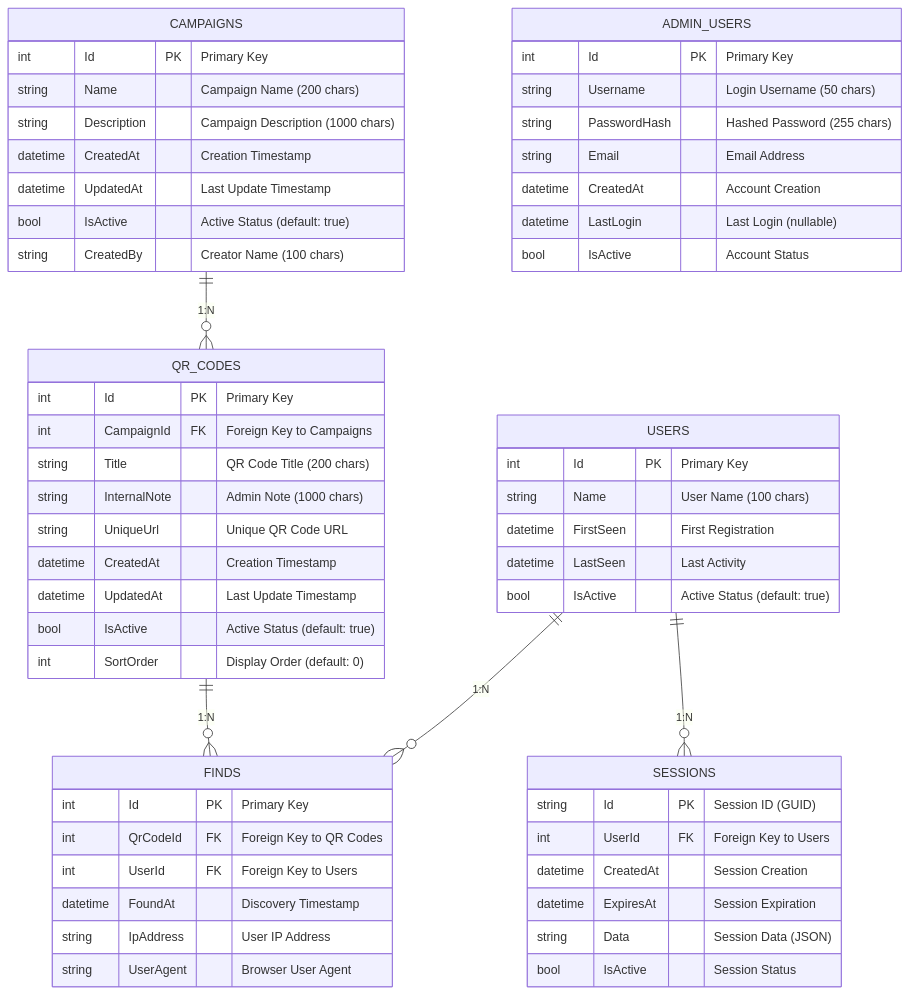
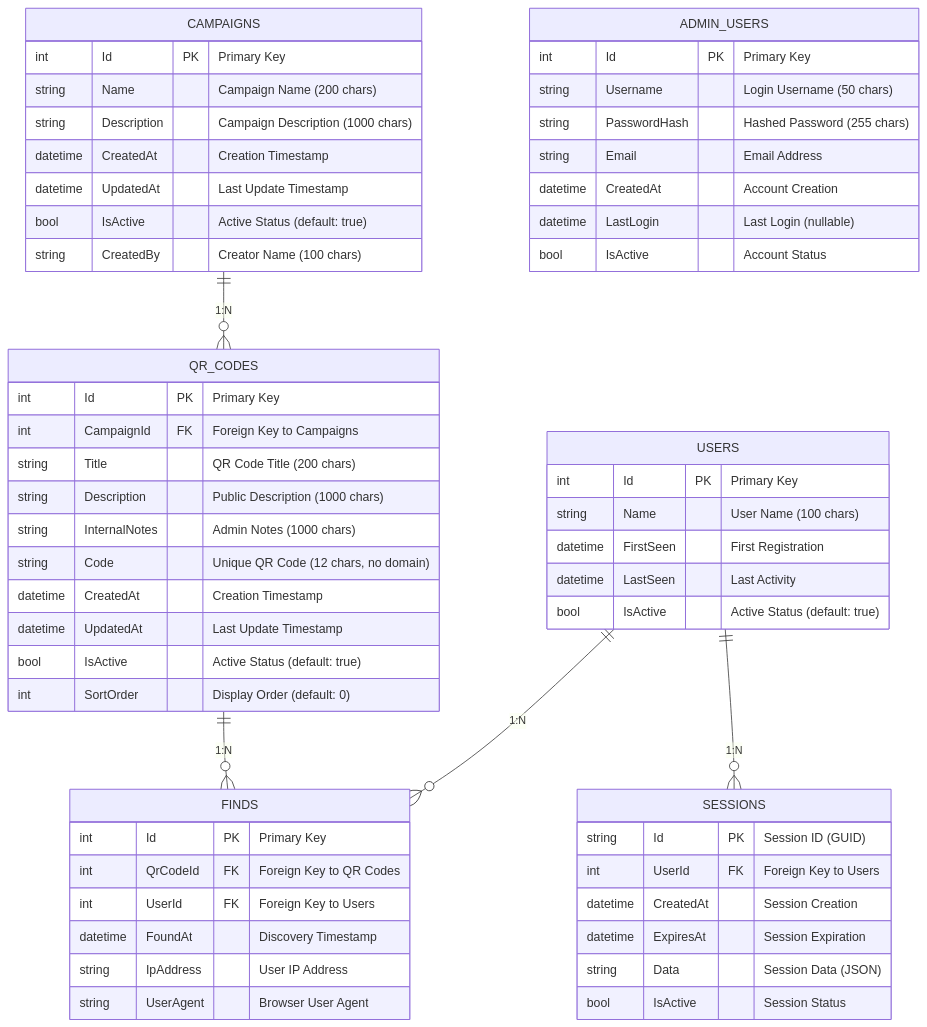
One commit to mcnilz/easteregghunt changed the diagram in docs/ARCHITECTURE.md. Above: the diagram before and after it, drawn with Mermaid. The commit also changed other lines of this file and 2 other files, not shown here.

Commit message:
docs: Vollständige Dokumentation für QR-Code URL-System Refactoring aktualisiert
ARCHITECTURE.md:
- QrCodeUrl Value Object entfernt (nicht mehr benötigt)
- QR_CODES Entity: UniqueUrl → Code, Description hinzugefügt, InternalNotes (Plural)
- Index von IX_QrCodes_UniqueUrl → IX_QrCodes_Code

CHANGELOG.md:
- Neuer [Unreleased] Eintrag für QR-Code URL-System Refactoring
- Hinzugefügt: Dynamische URL-Generierung, mehrere aktive Kampagnen
- Geändert: QrCode Entity, Datenbank-Schema, API-Endpoints
- Behoben: Kampagnen-Mismatch, JSON-Fehler, Mehrfach-Zählung
- Entfernt: QrCodeUrl Value Object, Uri-Konvertierung

DATABASE_SCHEMA.md:
- Bereits aktualisiert mit QR-Code URL-System Abschnitt
- Migration-Details und JavaScript-Beispiele hinzugefügt

Alle Dokumentationen sind jetzt konsistent mit dem neuen Code-basierten URL-System.

````diff
--- a/docs/ARCHITECTURE.md
+++ b/docs/ARCHITECTURE.md
@@ -86,65 +86,66 @@
 ```mermaid
 erDiagram
     CAMPAIGNS ||--o{ QR_CODES : "1:N"
     QR_CODES ||--o{ FINDS : "1:N"
     USERS ||--o{ FINDS : "1:N"
     USERS ||--o{ SESSIONS : "1:N"
     
     CAMPAIGNS {
         int Id PK "Primary Key"
         string Name "Campaign Name (200 chars)"
         string Description "Campaign Description (1000 chars)"
         datetime CreatedAt "Creation Timestamp"
         datetime UpdatedAt "Last Update Timestamp"
         bool IsActive "Active Status (default: true)"
         string CreatedBy "Creator Name (100 chars)"
     }
     
     QR_CODES {
         int Id PK "Primary Key"
         int CampaignId FK "Foreign Key to Campaigns"
         string Title "QR Code Title (200 chars)"
-        string InternalNote "Admin Note (1000 chars)"
-        string UniqueUrl "Unique QR Code URL"
+        string Description "Public Description (1000 chars)"
+        string InternalNotes "Admin Notes (1000 chars)"
+        string Code "Unique QR Code (12 chars, no domain)"
         datetime CreatedAt "Creation Timestamp"
         datetime UpdatedAt "Last Update Timestamp"
         bool IsActive "Active Status (default: true)"
         int SortOrder "Display Order (default: 0)"
     }
     
     USERS {
         int Id PK "Primary Key"
         string Name "User Name (100 chars)"
         datetime FirstSeen "First Registration"
         datetime LastSeen "Last Activity"
         bool IsActive "Active Status (default: true)"
     }
     
     FINDS {
         int Id PK "Primary Key"
         int QrCodeId FK "Foreign Key to QR Codes"
         int UserId FK "Foreign Key to Users"
         datetime FoundAt "Discovery Timestamp"
         string IpAddress "User IP Address"
         string UserAgent "Browser User Agent"
     }
     
     SESSIONS {
         string Id PK "Session ID (GUID)"
         int UserId FK "Foreign Key to Users"
         datetime CreatedAt "Session Creation"
         datetime ExpiresAt "Session Expiration"
         string Data "Session Data (JSON)"
         bool IsActive "Session Status"
     }
     
     ADMIN_USERS {
         int Id PK "Primary Key"
         string Username "Login Username (50 chars)"
         string PasswordHash "Hashed Password (255 chars)"
         string Email "Email Address"
         datetime CreatedAt "Account Creation"
         datetime LastLogin "Last Login (nullable)"
         bool IsActive "Account Status"
     }
 ```
````
